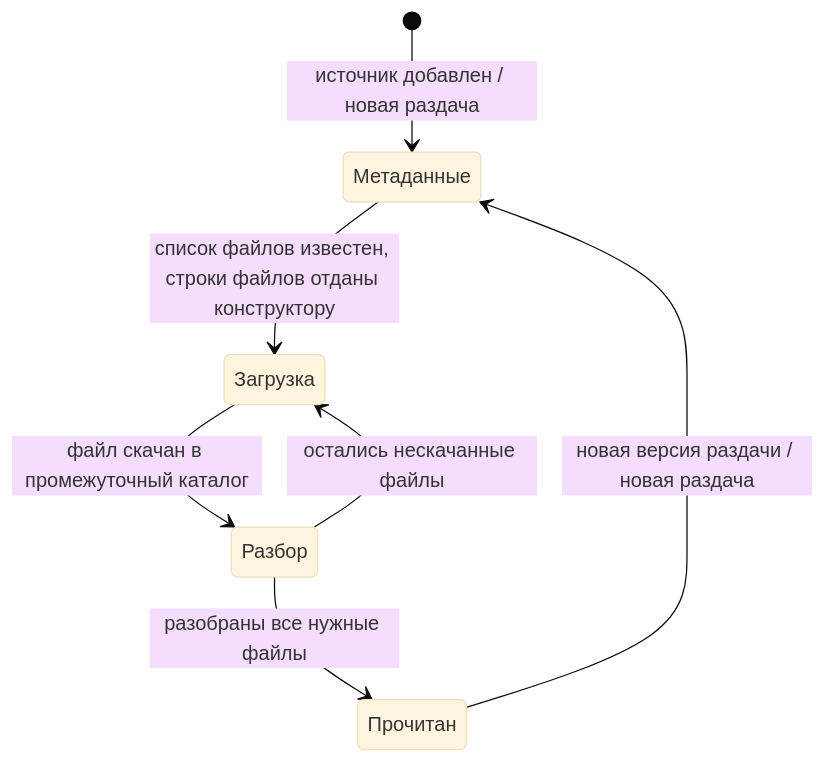
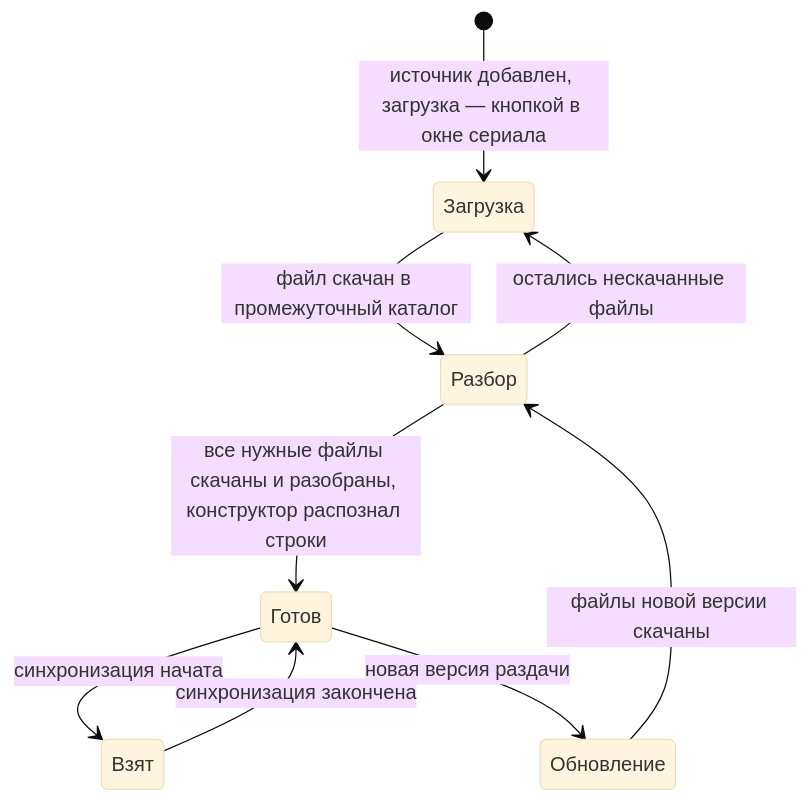
The diagram in docs/missions/voice-alignment/stage-15/DESIGN.md (wolfram0108/series-tracker), drawn with Mermaid (base theme) before and after one commit. The commit also changed other lines of this file and 1 other file, not shown here.

````diff
--- a/docs/missions/voice-alignment/stage-15/DESIGN.md
+++ b/docs/missions/voice-alignment/stage-15/DESIGN.md
@@ -38,9 +40,11 @@
 ```mermaid
 stateDiagram-v2
-    [*] --> Метаданные: источник добавлен / новая раздача
-    Метаданные --> Загрузка: список файлов известен, строки файлов отданы конструктору
+    [*] --> Загрузка: источник добавлен, загрузка — кнопкой в окне сериала
     Загрузка --> Разбор: файл скачан в промежуточный каталог
     Разбор --> Загрузка: остались нескачанные файлы
-    Разбор --> Прочитан: разобраны все нужные файлы
-    Прочитан --> Метаданные: новая версия раздачи / новая раздача
+    Разбор --> Готов: все нужные файлы скачаны и разобраны, конструктор распознал строки
+    Готов --> Взят: синхронизация начата
+    Взят --> Готов: синхронизация закончена
+    Готов --> Обновление: новая версия раздачи
+    Обновление --> Разбор: файлы новой версии скачаны
 ```
````
